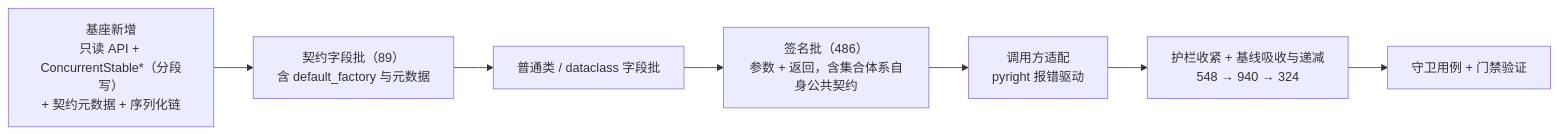
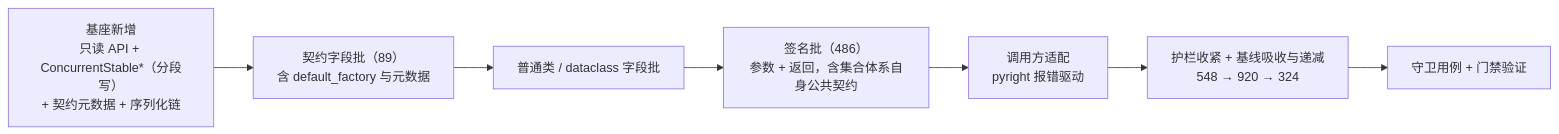
Before and after one commit to minjian123/basic-management-system: the diagram in bms文档/项目/06_认证与安全/任务/08_裸无序集合治理/08_裸无序集合治理_02_bms_core存量整改/设计/01_详细设计_02_bms_core存量整改.md, drawn with Mermaid. The commit also changed other lines of this file and 10 other files, not shown here.

````diff
--- a/bms文档/项目/06_认证与安全/任务/08_裸无序集合治理/08_裸无序集合治理_02_bms_core存量整改/设计/01_详细设计_02_bms_core存量整改.md
+++ b/bms文档/项目/06_认证与安全/任务/08_裸无序集合治理/08_裸无序集合治理_02_bms_core存量整改/设计/01_详细设计_02_bms_core存量整改.md
@@ -218,9 +220,9 @@
 ```mermaid
 flowchart LR
     A["基座新增<br/>只读 API + ConcurrentStable*（分段写）<br/>+ 契约元数据 + 序列化链"] --> B["契约字段批（89）<br/>含 default_factory 与元数据"]
     B --> C["普通类 / dataclass 字段批"]
     C --> D["签名批（486）<br/>参数 + 返回，含集合体系自身公共契约"]
     D --> E["调用方适配<br/>pyright 报错驱动"]
-    E --> F["护栏收紧 + 基线吸收与递减<br/>548 → 940 → 324"]
+    E --> F["护栏收紧 + 基线吸收与递减<br/>548 → 920 → 324"]
     F --> G["守卫用例 + 门禁验证"]
 ```
````
